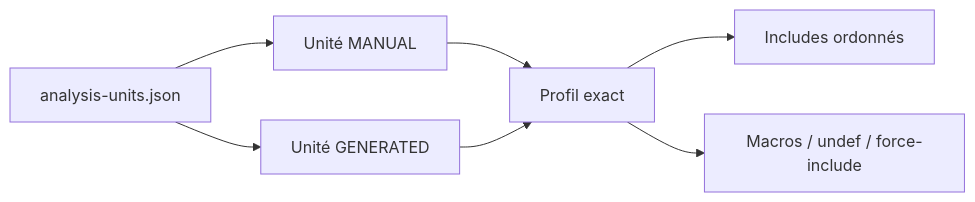
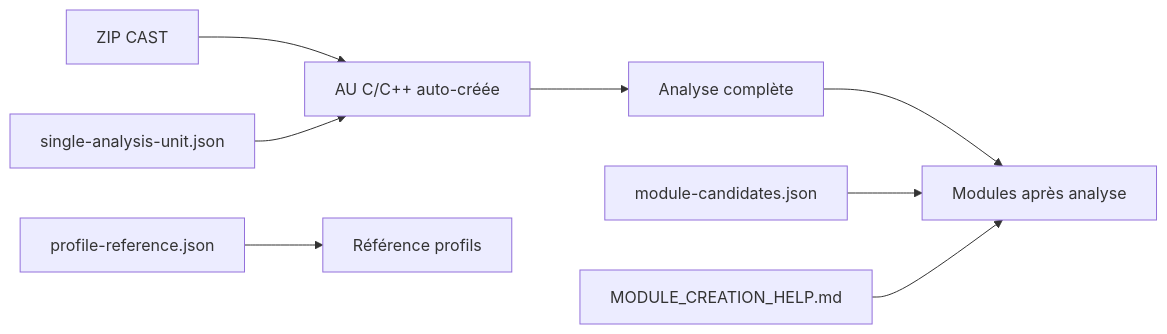
The second of 2 diagrams in README.md (ThierryGuegan/CAST_Conan), drawn with Mermaid before and after one commit. The commit also changed other lines of this file and 4 other files, not shown here.

````diff
--- a/README.md
+++ b/README.md
@@ -193,9 +205,10 @@
 ```mermaid
 flowchart LR
-    U["analysis-units.json"] --> M["Unité MANUAL"]
-    U --> G["Unité GENERATED"]
-    M --> P["Profil exact"]
-    G --> P
-    P --> I["Includes ordonnés"]
-    P --> D["Macros / undef / force-include"]
+    Z["ZIP CAST"] --> A["AU C/C++ auto-créée"]
+    S["single-analysis-unit.json"] --> A
+    A --> F["Analyse complète"]
+    F --> M["Modules après analyse"]
+    C["module-candidates.json"] --> M
+    H["MODULE_CREATION_HELP.md"] --> M
+    U["profile-reference.json"] --> R["Référence profils"]
 ```
````
